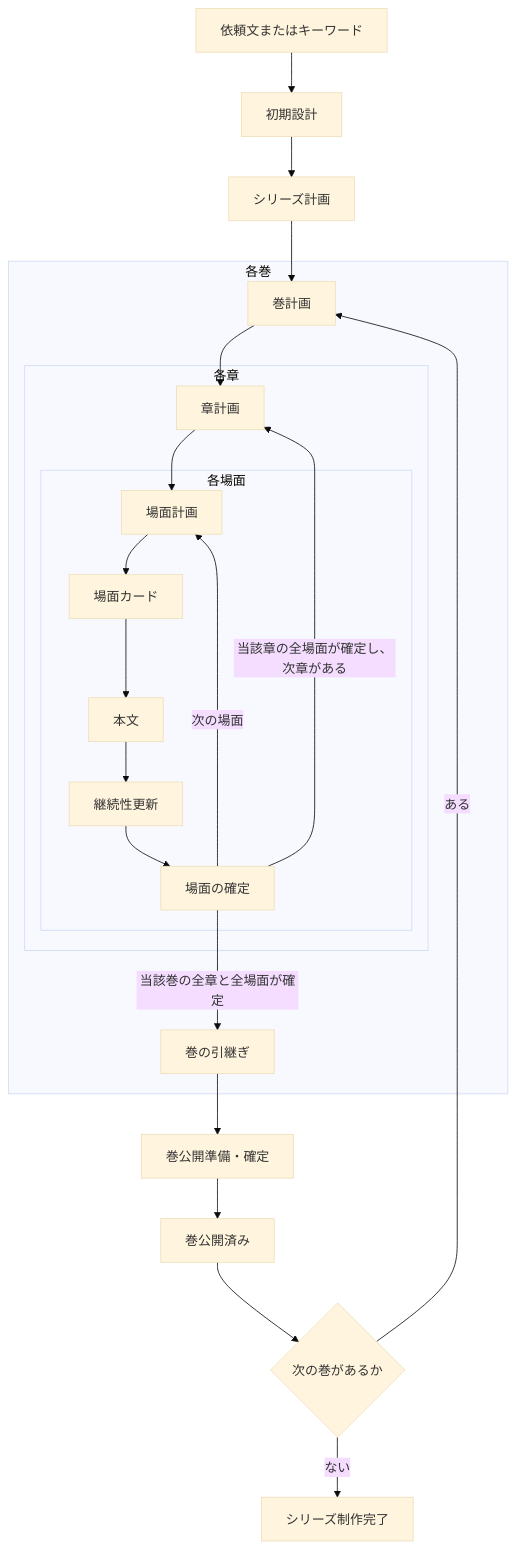
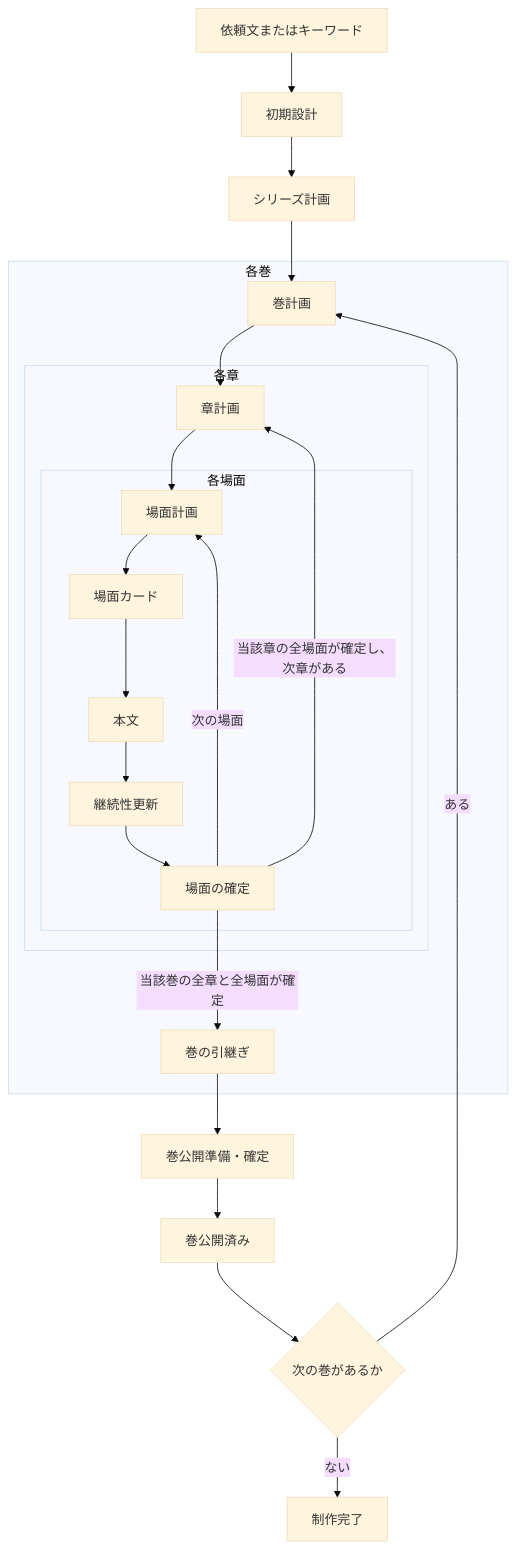
Before and after one commit to goura32/storycraft: the diagram in docs/SPECIFICATION.md, drawn with Mermaid (base theme). The commit also changed other lines of this file, not shown here.

````diff
--- a/docs/SPECIFICATION.md
+++ b/docs/SPECIFICATION.md
@@ -59,26 +59,26 @@
 ```mermaid
 flowchart TD
   I[依頼文またはキーワード] --> D[初期設計]
   D --> S[シリーズ計画]
   S --> VP[巻計画]
   subgraph V[各巻]
     VP --> CP[章計画]
     subgraph C[各章]
       CP --> SP[場面計画]
       subgraph P[各場面]
         SP --> K[場面カード]
         K --> W[本文]
         W --> N[継続性更新]
         N --> M[場面の確定]
         M -->|次の場面| SP
       end
       M -->|当該章の全場面が確定し、次章がある| CP
     end
     M -->|当該巻の全章と全場面が確定| H[巻の引継ぎ]
   end
   H --> VQ[巻公開準備・確定]
   VQ --> VE[巻公開済み]
   VE --> X{次の巻があるか}
   X -->|ある| VP
-  X -->|ない| E[シリーズ制作完了]
+  X -->|ない| E[制作完了]
 ```
````
